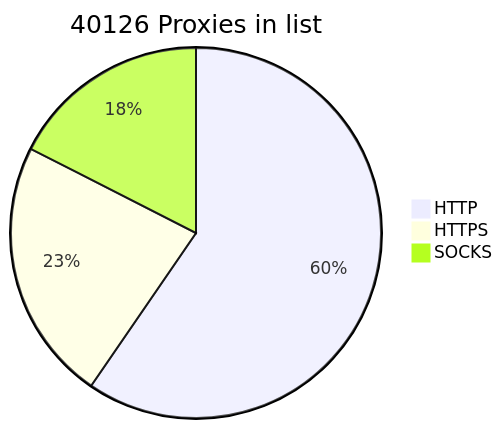
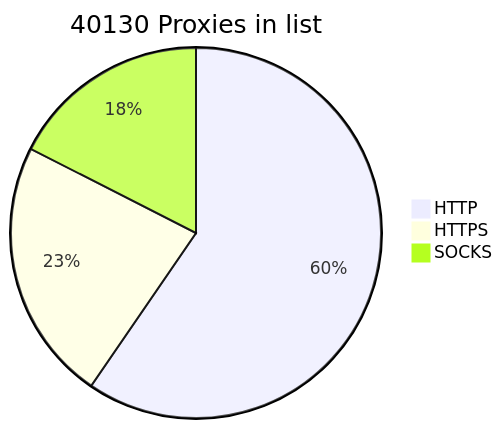
Before and after one commit to BlackSnowDot/proxylist-update-every-minute: the diagram in README.md, drawn with Mermaid.

````diff
--- a/README.md
+++ b/README.md
@@ -2,6 +2,6 @@
 ```mermaid
-pie title 40126 Proxies in list
+pie title 40130 Proxies in list
     "HTTP" : 28190
     "HTTPS": 10848
-    "SOCKS" : 8283
+    "SOCKS" : 8287
 ```
````
